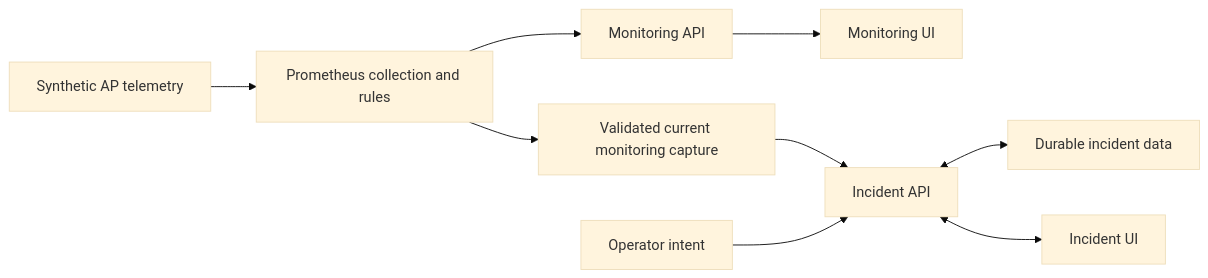
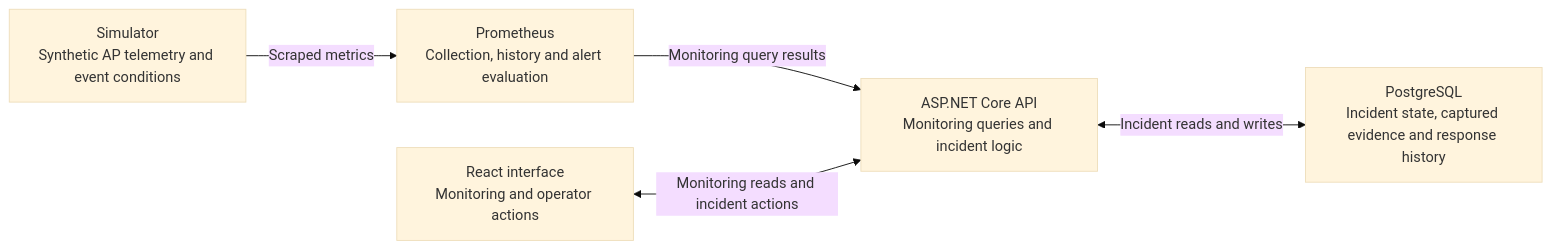
The diagram in docs/milestone-6.md (soquendo/venue-network-operations-console), drawn with Mermaid (base theme) before and after one commit. The commit also changed other lines of this file and 4 other files, not shown here.

````diff
--- a/docs/milestone-6.md
+++ b/docs/milestone-6.md
@@ -17,11 +17,13 @@
 ```mermaid
 flowchart LR
-    Simulator["Synthetic AP telemetry"] --> Prom["Prometheus collection and rules"]
-    Prom --> MonitoringAPI["Monitoring API"]
-    MonitoringAPI --> MonitoringUI["Monitoring UI"]
-    Prom --> Capture["Validated current monitoring capture"]
-    Capture --> IncidentAPI["Incident API"]
-    Operator["Operator intent"] --> IncidentAPI
-    IncidentAPI <--> PostgreSQL["Durable incident data"]
-    IncidentAPI <--> IncidentUI["Incident UI"]
+    Simulator["Simulator<br/>Synthetic AP telemetry and event conditions"]
+    Prometheus["Prometheus<br/>Collection, history and alert evaluation"]
+    API["ASP.NET Core API<br/>Monitoring queries and incident logic"]
+    Database["PostgreSQL<br/>Incident state, captured evidence and response history"]
+    UI["React interface<br/>Monitoring and operator actions"]
+
+    Simulator -->|"Scraped metrics"| Prometheus
+    Prometheus -->|"Monitoring query results"| API
+    API <-->|"Incident reads and writes"| Database
+    UI <-->|"Monitoring reads and incident actions"| API
 ```
````
